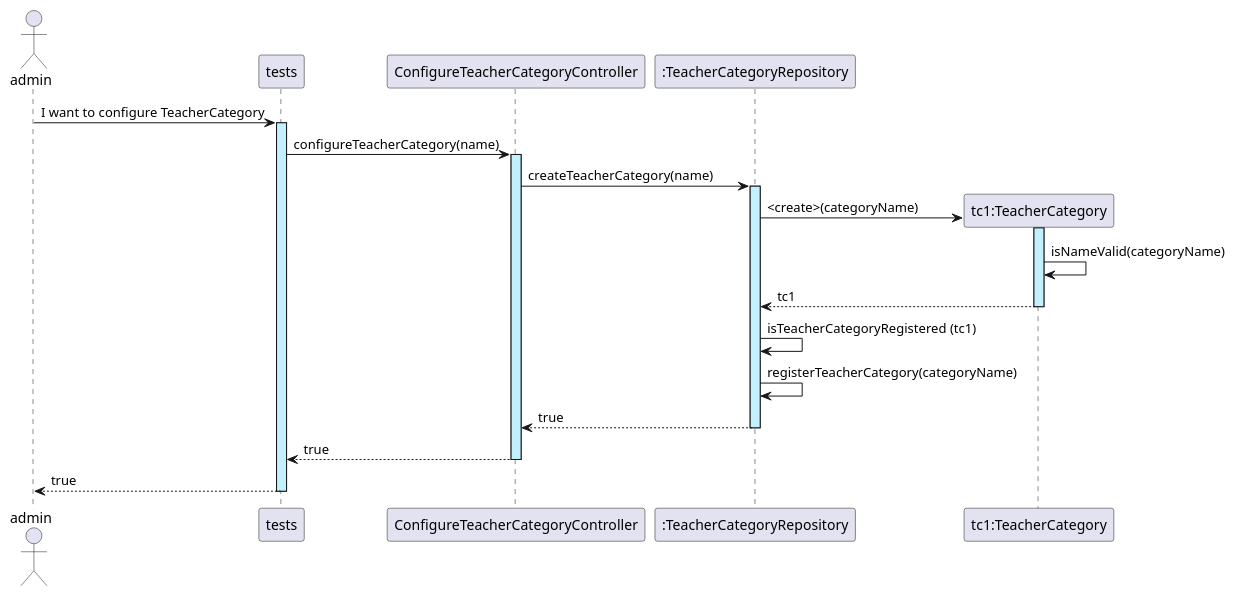
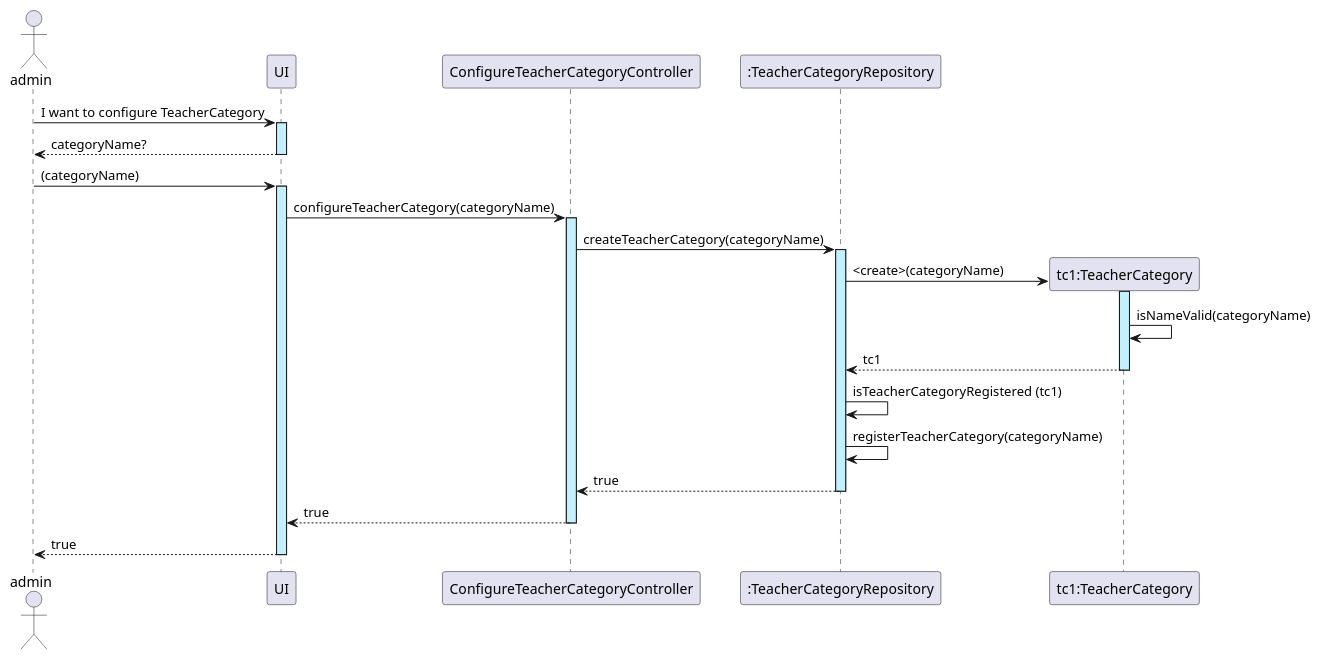
One commit to GasparISEP/DevOps-PAI changed the diagram in docs/sequenceSystemDiagrams/Sprint_1/US01_ConfigureTeacherCategoriesInSystem.puml. Above: the diagram before and after it, drawn with PlantUML.

Commit message:
update Sequence Diagram for US01

```diff
--- a/docs/sequenceSystemDiagrams/Sprint_1/US01_ConfigureTeacherCategoriesInSystem.puml
+++ b/docs/sequenceSystemDiagrams/Sprint_1/US01_ConfigureTeacherCategoriesInSystem.puml
@@ -1,24 +1,28 @@
 @startuml
 actor admin
 
 
 
-admin -> tests ++ #application : I want to configure TeacherCategory
+admin -> UI ++ #application : I want to configure TeacherCategory
+UI --> admin -- : categoryName?
 
-tests -> ConfigureTeacherCategoryController ++ #application : configureTeacherCategory(name)
+admin -> UI ++ #application :(categoryName)
+
+
+UI -> ConfigureTeacherCategoryController ++ #application : configureTeacherCategory(categoryName)
 
 participant ":TeacherCategoryRepository" as TeacherCategoryRepository
-ConfigureTeacherCategoryController -> TeacherCategoryRepository ++ #application : createTeacherCategory(name)
+ConfigureTeacherCategoryController -> TeacherCategoryRepository ++ #application : createTeacherCategory(categoryName)
 
 create "tc1:TeacherCategory" as TeacherCategory
 TeacherCategoryRepository -> TeacherCategory ++ #application : <create>(categoryName)
 TeacherCategory -> TeacherCategory: isNameValid(categoryName)
 TeacherCategory --> TeacherCategoryRepository -- : tc1
 TeacherCategoryRepository -> TeacherCategoryRepository : isTeacherCategoryRegistered (tc1)
 TeacherCategoryRepository -> TeacherCategoryRepository : registerTeacherCategory(categoryName)
 
 TeacherCategoryRepository --> ConfigureTeacherCategoryController --: true
 
-ConfigureTeacherCategoryController --> tests --: true
-tests --> admin --: true
+ConfigureTeacherCategoryController --> UI --: true
+UI --> admin --: true
 @enduml
```
